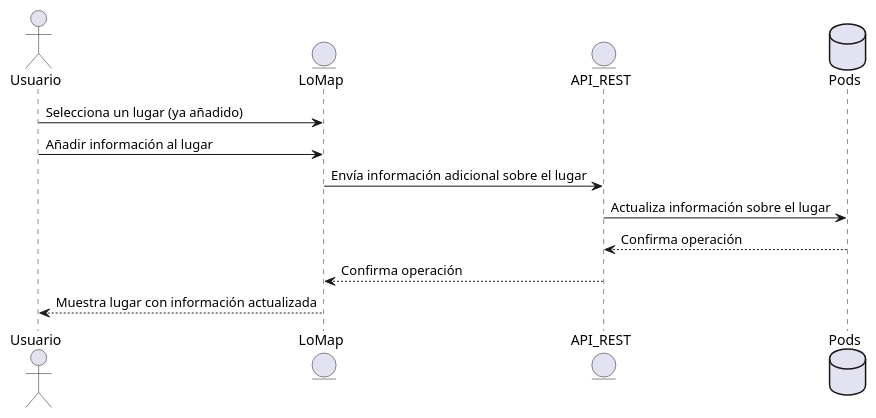
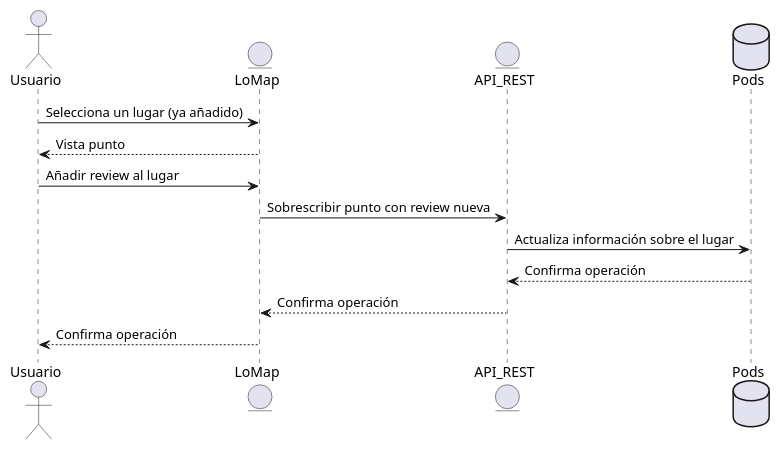
Diagram 12 of 16 in docs/06_runtime_view.adoc (Arquisoft/lomap_es3c), drawn with PlantUML before and after one commit. The commit also changed other lines of this file, not shown here.

```diff
--- a/docs/06_runtime_view.adoc
+++ b/docs/06_runtime_view.adoc
@@ -205,14 +197,15 @@
 [plantuml,"Sequence diagram5",png]
 ----
 actor Usuario
 entity LoMap
 Usuario -> LoMap: Selecciona un lugar (ya añadido)
-Usuario -> LoMap: Añadir información al lugar
+LoMap-->Usuario: Vista punto
+Usuario -> LoMap: Añadir review al lugar
 entity API_REST
+LoMap-> API_REST: Sobrescribir punto con review nueva
 database Pod as "Pods"
-LoMap-> API_REST: Envía información adicional sobre el lugar
 API_REST-> Pod: Actualiza información sobre el lugar
 Pod--> API_REST: Confirma operación
 API_REST--> LoMap: Confirma operación
-LoMap--> Usuario: Muestra lugar con información actualizada
+LoMap--> Usuario: Confirma operación
 ----
```
